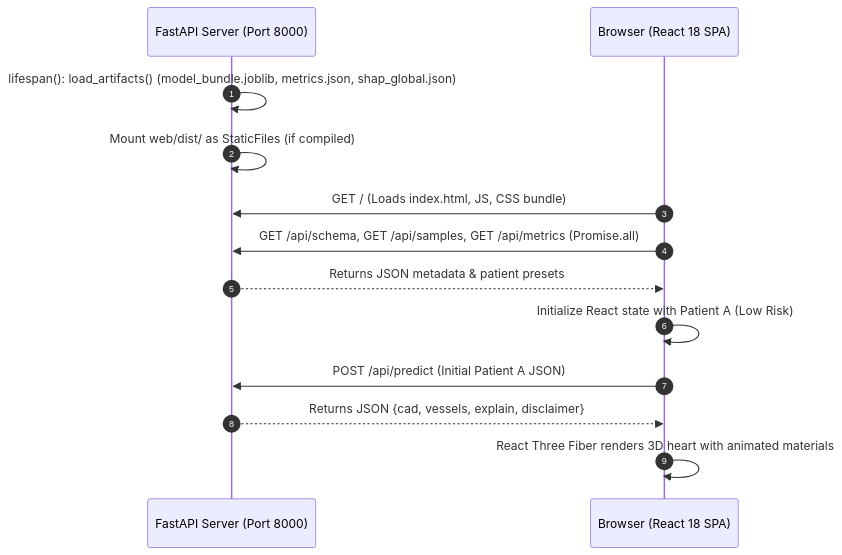
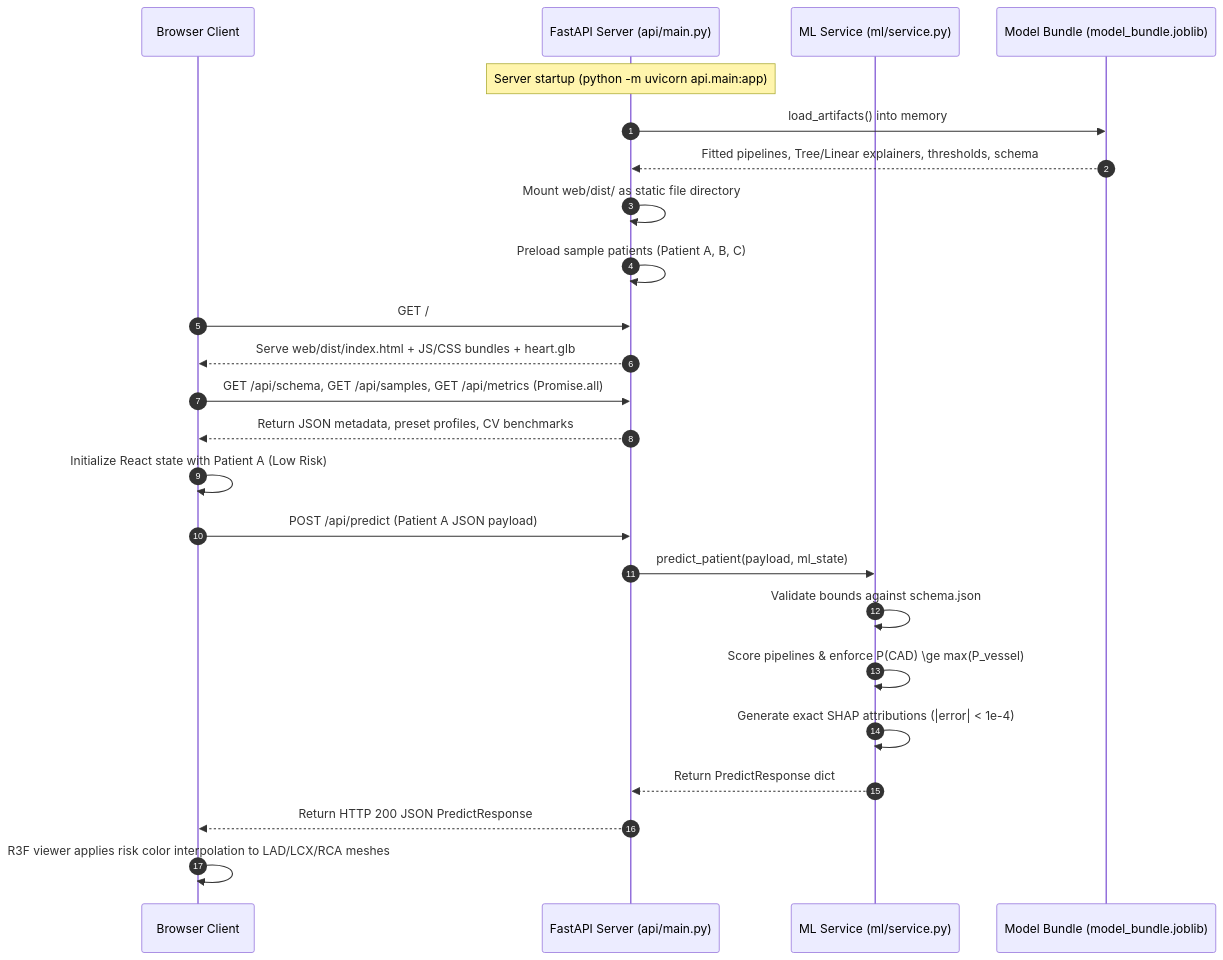
One commit to hackerabi2005/cad changed the second of 2 diagrams in ARCHITECTURE.md. Above: the diagram before and after it, drawn with Mermaid. The commit also changed other lines of this file and 37 other files, not shown here.

Commit message:
fix(r1-r7): nested CV threshold calibration, offline web app, and documentation synchronization

````diff
--- a/ARCHITECTURE.md
+++ b/ARCHITECTURE.md
@@ -181,17 +158,30 @@
 ```mermaid
 sequenceDiagram
     autonumber
-    participant FastAPI as FastAPI Server (Port 8000)
-    participant Client as Browser (React 18 SPA)
+    participant Browser as Browser Client
+    participant FastAPI as FastAPI Server (api/main.py)
+    participant Service as ML Service (ml/service.py)
+    participant Bundle as Model Bundle (model_bundle.joblib)
 
-    FastAPI->>FastAPI: lifespan(): load_artifacts() (model_bundle.joblib, metrics.json, shap_global.json)
-    FastAPI->>FastAPI: Mount web/dist/ as StaticFiles (if compiled)
+    Note over FastAPI: Server startup (python -m uvicorn api.main:app)
+    FastAPI->>Bundle: load_artifacts() into memory
+    Bundle-->>FastAPI: Fitted pipelines, Tree/Linear explainers, thresholds, schema
+    FastAPI->>FastAPI: Mount web/dist/ as static file directory
+    FastAPI->>FastAPI: Preload sample patients (Patient A, B, C)
+
+    Browser->>FastAPI: GET /
+    FastAPI-->>Browser: Serve web/dist/index.html + JS/CSS bundles + heart.glb
     
-    Client->>FastAPI: GET / (Loads index.html, JS, CSS bundle)
-    Client->>FastAPI: GET /api/schema, GET /api/samples, GET /api/metrics (Promise.all)
-    FastAPI-->>Client: Returns JSON metadata & patient presets
-    Client->>Client: Initialize React state with Patient A (Low Risk)
-    Client->>FastAPI: POST /api/predict (Initial Patient A JSON)
-    FastAPI-->>Client: Returns JSON {cad, vessels, explain, disclaimer}
-    Client->>Client: React Three Fiber renders 3D heart with animated materials
+    Browser->>FastAPI: GET /api/schema, GET /api/samples, GET /api/metrics (Promise.all)
+    FastAPI-->>Browser: Return JSON metadata, preset profiles, CV benchmarks
+    
+    Browser->>Browser: Initialize React state with Patient A (Low Risk)
+    Browser->>FastAPI: POST /api/predict (Patient A JSON payload)
+    FastAPI->>Service: predict_patient(payload, ml_state)
+    Service->>Service: Validate bounds against schema.json
+    Service->>Service: Score pipelines & enforce P(CAD) \ge max(P_vessel)
+    Service->>Service: Generate exact SHAP attributions (|error| < 1e-4)
+    Service-->>FastAPI: Return PredictResponse dict
+    FastAPI-->>Browser: Return HTTP 200 JSON PredictResponse
+    Browser->>Browser: R3F viewer applies risk color interpolation to LAD/LCX/RCA meshes
 ```
````
